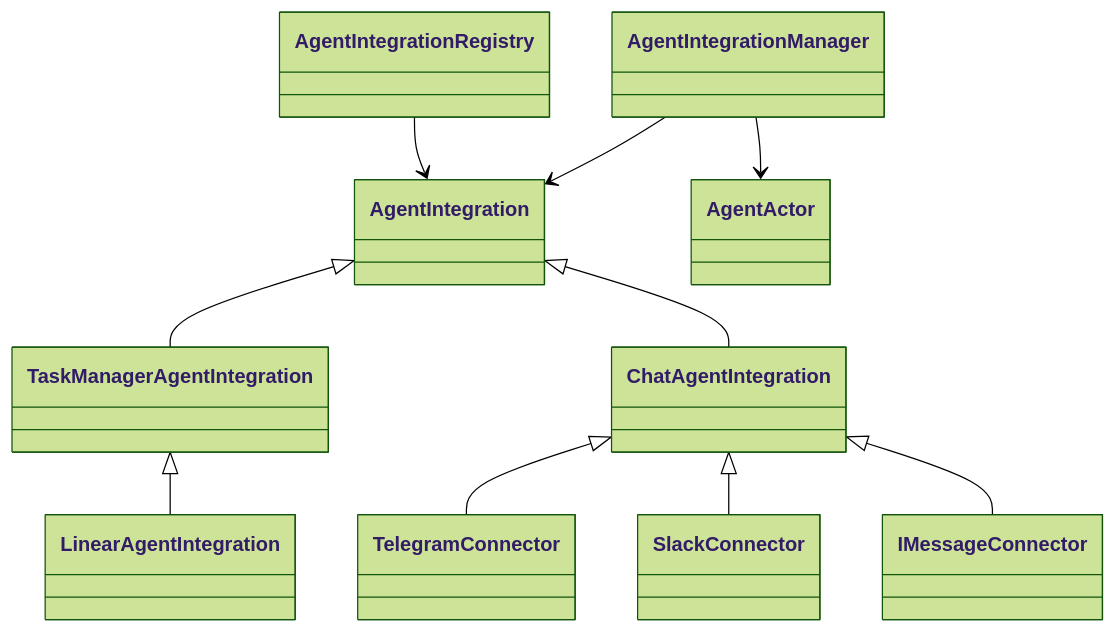
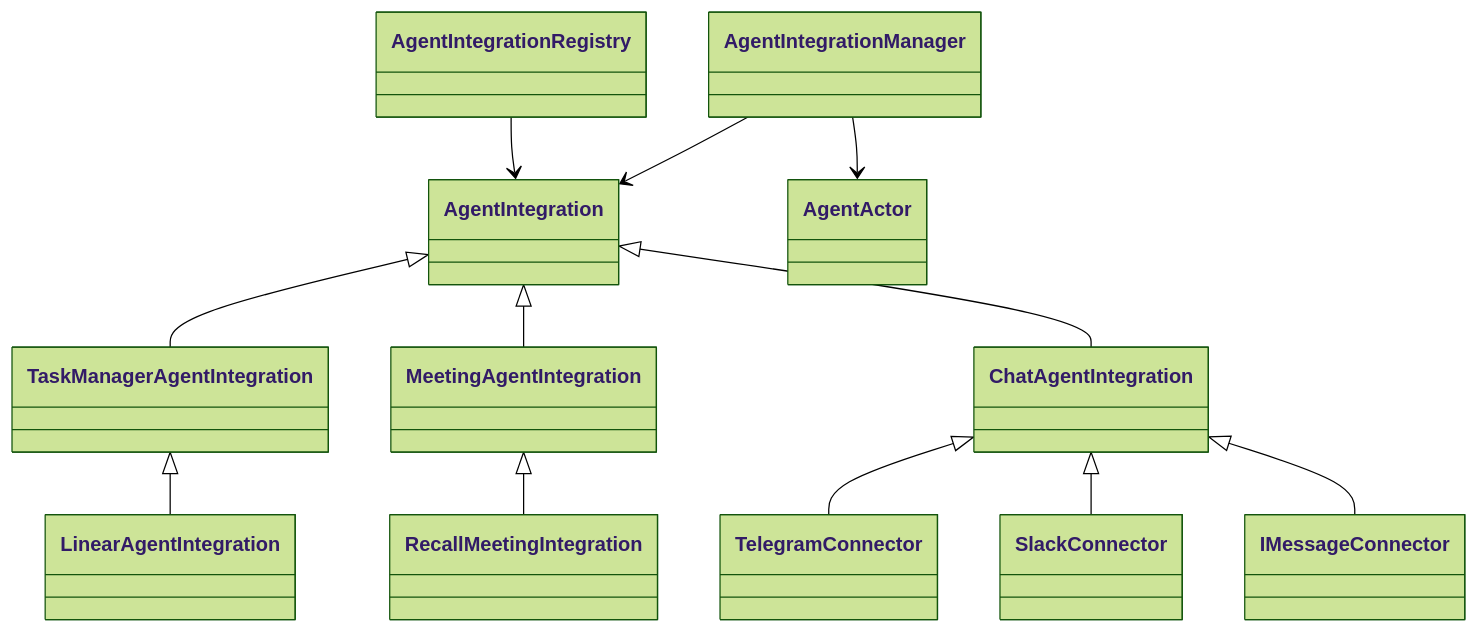
The diagram in docs/agent-integrations.md (SkillfulAgents/SuperAgent), drawn with Mermaid (forest theme) before and after one commit. The commit also changed other lines of this file and 91 other files, not shown here.

````diff
--- a/docs/agent-integrations.md
+++ b/docs/agent-integrations.md
@@ -5,12 +5,14 @@
 ```mermaid
 classDiagram
     AgentIntegration <|-- TaskManagerAgentIntegration
     TaskManagerAgentIntegration <|-- LinearAgentIntegration
+    AgentIntegration <|-- MeetingAgentIntegration
+    MeetingAgentIntegration <|-- RecallMeetingIntegration
     AgentIntegration <|-- ChatAgentIntegration
     ChatAgentIntegration <|-- TelegramConnector
     ChatAgentIntegration <|-- SlackConnector
     ChatAgentIntegration <|-- IMessageConnector
     AgentIntegrationManager --> AgentIntegration
     AgentIntegrationManager --> AgentActor
     AgentIntegrationRegistry --> AgentIntegration
 ```
````
